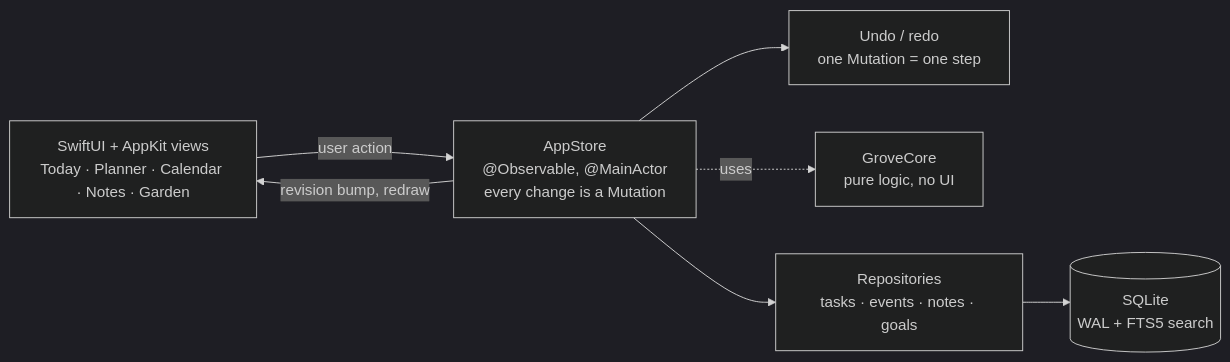
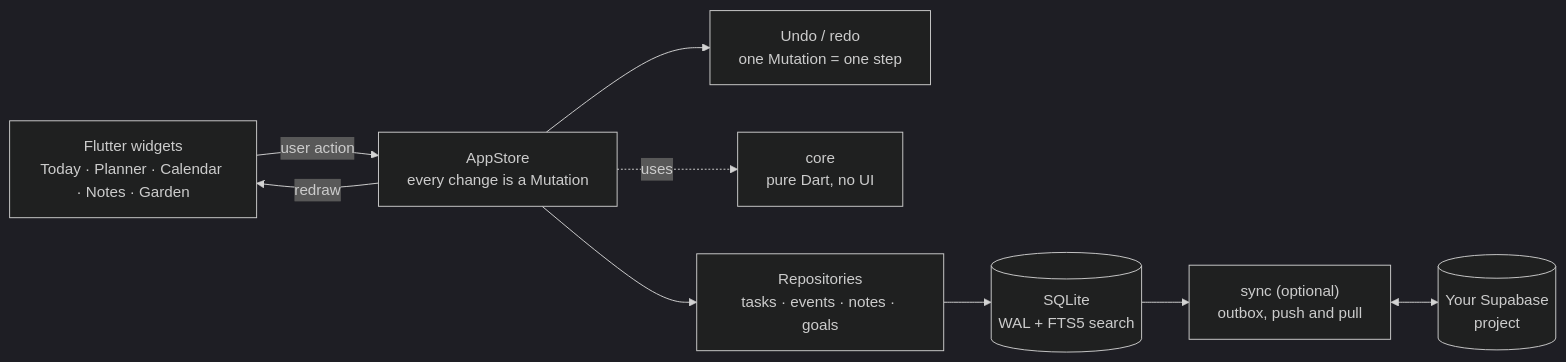
One commit to AndreiOprescu/Grove changed the diagram in README.md. Above: the diagram before and after it, drawn with Mermaid (dark theme). The commit also changed other lines of this file and 8 other files, not shown here.

Commit message:
docs: the README and the docs describe the Flutter app, with install steps for the 4 systems and the new logo in the banner

````diff
--- a/README.md
+++ b/README.md
@@ -231,16 +382,20 @@
 ```mermaid
 flowchart LR
-    UI["SwiftUI + AppKit views<br/>Today · Planner · Calendar · Notes · Garden"]
-    Store["AppStore<br/>@Observable, @MainActor<br/>every change is a Mutation"]
+    UI["Flutter widgets<br/>Today · Planner · Calendar · Notes · Garden"]
+    Store["AppStore<br/>every change is a Mutation"]
     Undo["Undo / redo<br/>one Mutation = one step"]
-    Core["GroveCore<br/>pure logic, no UI"]
+    Core["core<br/>pure Dart, no UI"]
     Repo["Repositories<br/>tasks · events · notes · goals"]
     DB[("SQLite<br/>WAL + FTS5 search")]
+    Sync["sync (optional)<br/>outbox, push and pull"]
+    Cloud[("Your Supabase<br/>project")]
 
     UI -->|user action| Store
     Store --> Undo
     Store --> Repo
     Store -.uses.-> Core
     Repo --> DB
-    Store -->|revision bump, redraw| UI
+    Store -->|redraw| UI
+    DB --> Sync
+    Sync <--> Cloud
 ```
````
